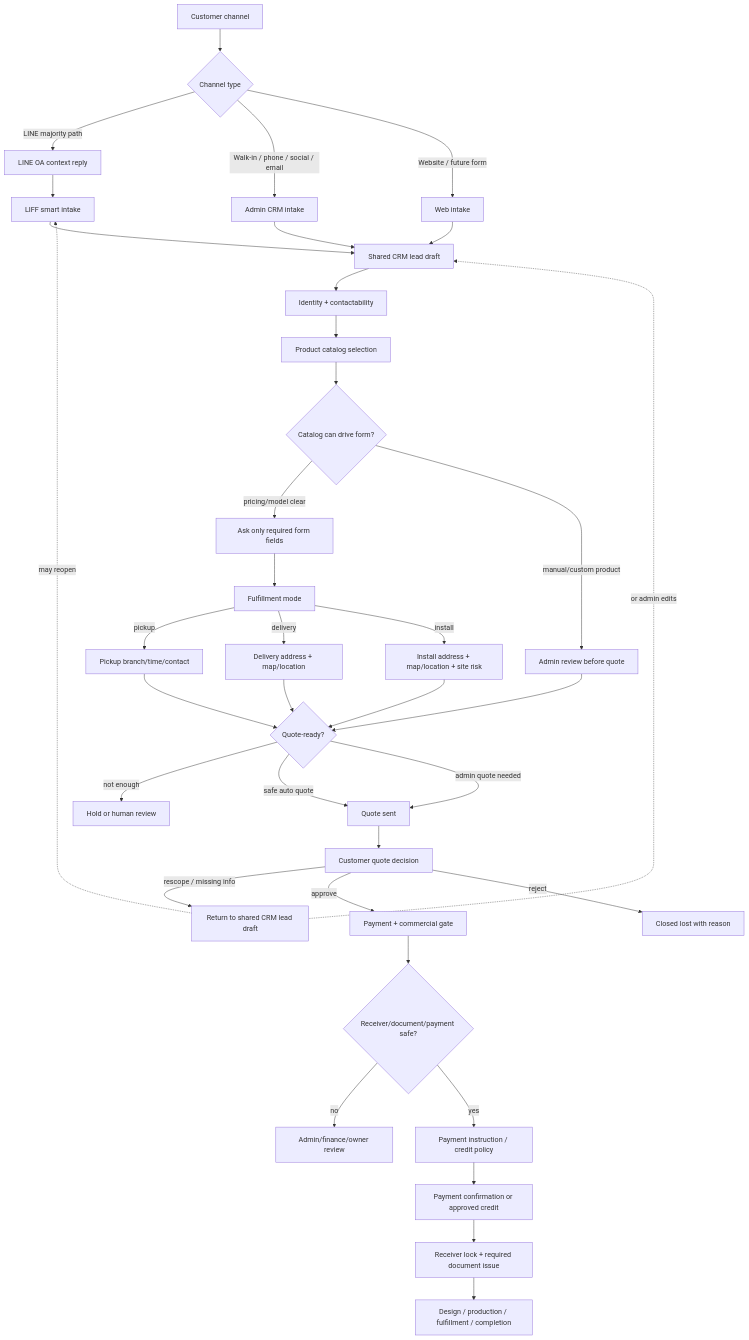
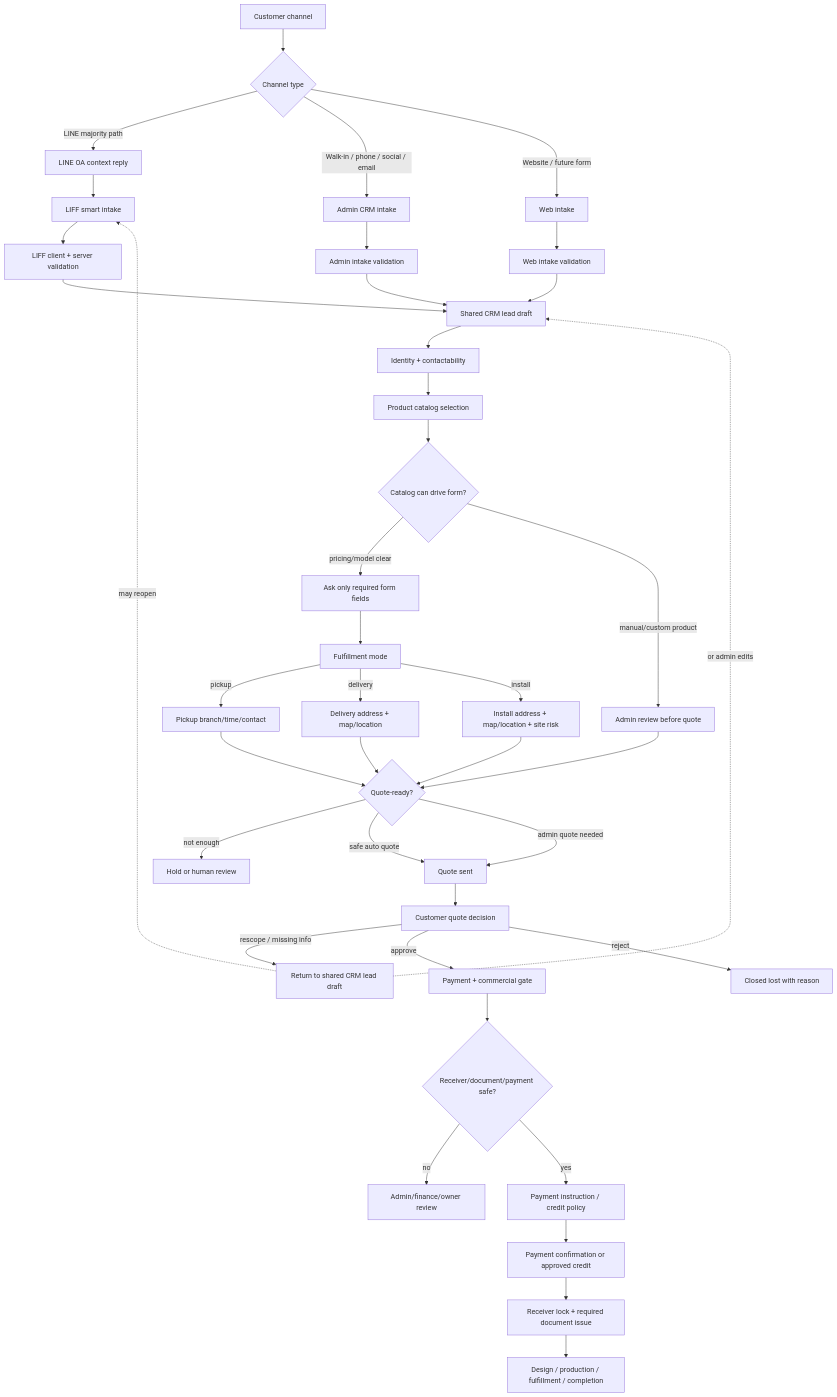
Before and after one commit to akkpol/craft-run-app: the first of 2 diagrams in docs/FOGUS_REALITY_ANALYSIS_MAP_V1.md, drawn with Mermaid. The commit also changed other lines of this file, not shown here.

Commit message:
docs(#33): define CRM intake validation envelope

````diff
--- a/docs/FOGUS_REALITY_ANALYSIS_MAP_V1.md
+++ b/docs/FOGUS_REALITY_ANALYSIS_MAP_V1.md
@@ -302,47 +302,51 @@
 ```mermaid
 flowchart TD
 	A[Customer channel] --> B{Channel type}
 	B -->|LINE majority path| C[LINE OA context reply]
 	B -->|Walk-in / phone / social / email| D[Admin CRM intake]
 	B -->|Website / future form| E[Web intake]
 
 	C --> F[LIFF smart intake]
-	D --> G[Shared CRM lead draft]
-	E --> G
-	F --> G
+	D --> D1[Admin intake validation]
+	E --> E1[Web intake validation]
+	F --> F1[LIFF client + server validation]
+
+	D1 --> G[Shared CRM lead draft]
+	E1 --> G
+	F1 --> G
 
 	G --> H[Identity + contactability]
 	H --> I[Product catalog selection]
 	I --> J{Catalog can drive form?}
 	J -->|pricing/model clear| K[Ask only required form fields]
 	J -->|manual/custom product| L[Admin review before quote]
 
 	K --> M[Fulfillment mode]
 	M -->|pickup| M1[Pickup branch/time/contact]
 	M -->|delivery| M2[Delivery address + map/location]
 	M -->|install| M3[Install address + map/location + site risk]
 
 	M1 --> N{Quote-ready?}
 	M2 --> N
 	M3 --> N
 	L --> N
 
 	N -->|not enough| O[Hold or human review]
 	N -->|safe auto quote| P[Quote sent]
 	N -->|admin quote needed| P
 
 	P --> Q[Customer quote decision]
 	Q -->|rescope / missing info| R[Return to shared CRM lead draft]
 	Q -->|approve| S[Payment + commercial gate]
 	Q -->|reject| T[Closed lost with reason]
 
 	S --> U{Receiver/document/payment safe?}
 	U -->|no| V[Admin/finance/owner review]
 	U -->|yes| W[Payment instruction / credit policy]
 	W --> X[Payment confirmation or approved credit]
 	X --> Y[Receiver lock + required document issue]
 	Y --> Z[Design / production / fulfillment / completion]
 
 	R -. may reopen .-> F
 	R -. or admin edits .-> G
 ```
````
